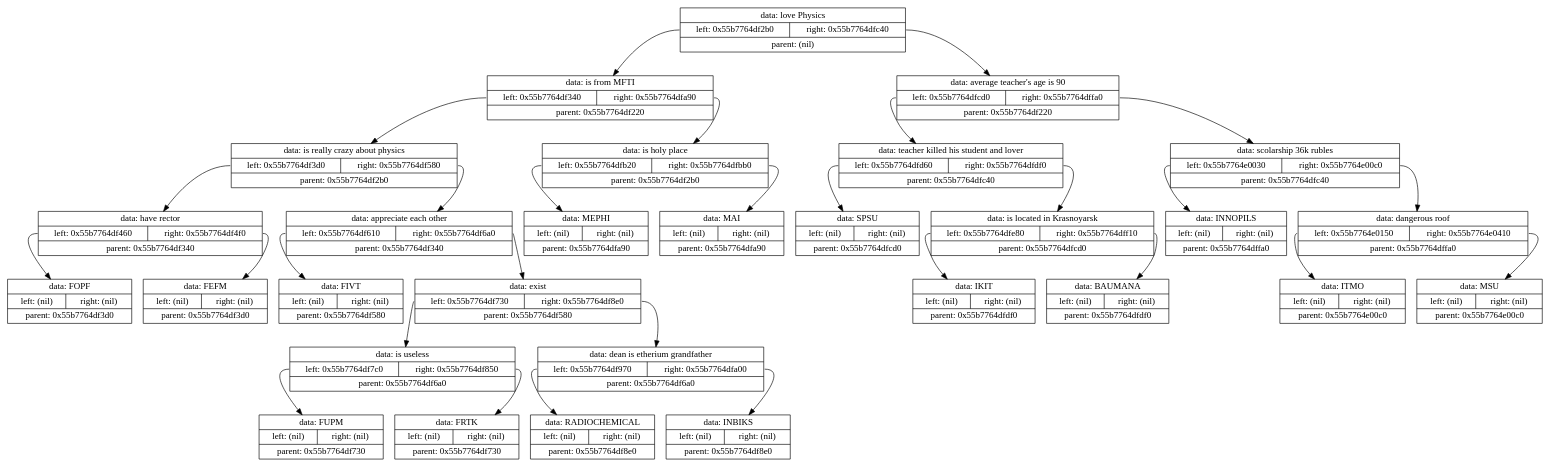
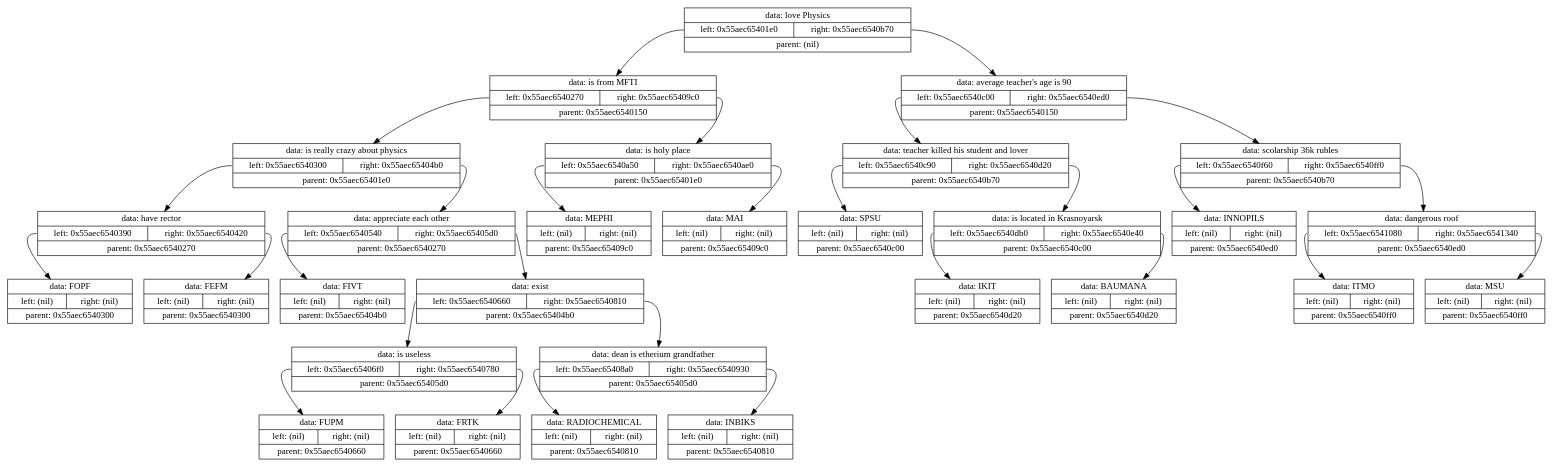
The diagram in Projects/7.Akinator/tmp/tempautogeneratedlog.gv (Shishqa/MIPT_1sem_C_lang), drawn with Graphviz before and after one commit. The commit also changed 4 other files, not shown here.

```diff
--- a/Projects/7.Akinator/tmp/tempautogeneratedlog.gv
+++ b/Projects/7.Akinator/tmp/tempautogeneratedlog.gv
@@ -1,61 +1,61 @@
 digraph dump
 {
-	node0x55b7764df220 [shape = "record", label = "{<f1>data: love Physics|{<f2>left: 0x55b7764df2b0|<f3>right: 0x55b7764dfc40}|<f4>parent: (nil)}"];
-	node0x55b7764df2b0 [shape = "record", label = "{<f1>data: is from MFTI|{<f2>left: 0x55b7764df340|<f3>right: 0x55b7764dfa90}|<f4>parent: 0x55b7764df220}"];
-	node0x55b7764df340 [shape = "record", label = "{<f1>data: is really crazy about physics|{<f2>left: 0x55b7764df3d0|<f3>right: 0x55b7764df580}|<f4>parent: 0x55b7764df2b0}"];
-	node0x55b7764df3d0 [shape = "record", label = "{<f1>data: have rector|{<f2>left: 0x55b7764df460|<f3>right: 0x55b7764df4f0}|<f4>parent: 0x55b7764df340}"];
-	node0x55b7764df460 [shape = "record", label = "{<f1>data: FOPF|{<f2>left: (nil)|<f3>right: (nil)}|<f4>parent: 0x55b7764df3d0}"];
-	node0x55b7764df3d0:f2 -> node0x55b7764df460
-	node0x55b7764df4f0 [shape = "record", label = "{<f1>data: FEFM|{<f2>left: (nil)|<f3>right: (nil)}|<f4>parent: 0x55b7764df3d0}"];
-	node0x55b7764df3d0:f3 -> node0x55b7764df4f0
-	node0x55b7764df340:f2 -> node0x55b7764df3d0
-	node0x55b7764df580 [shape = "record", label = "{<f1>data: appreciate each other|{<f2>left: 0x55b7764df610|<f3>right: 0x55b7764df6a0}|<f4>parent: 0x55b7764df340}"];
-	node0x55b7764df610 [shape = "record", label = "{<f1>data: FIVT|{<f2>left: (nil)|<f3>right: (nil)}|<f4>parent: 0x55b7764df580}"];
-	node0x55b7764df580:f2 -> node0x55b7764df610
-	node0x55b7764df6a0 [shape = "record", label = "{<f1>data: exist|{<f2>left: 0x55b7764df730|<f3>right: 0x55b7764df8e0}|<f4>parent: 0x55b7764df580}"];
-	node0x55b7764df730 [shape = "record", label = "{<f1>data: is useless|{<f2>left: 0x55b7764df7c0|<f3>right: 0x55b7764df850}|<f4>parent: 0x55b7764df6a0}"];
-	node0x55b7764df7c0 [shape = "record", label = "{<f1>data: FUPM|{<f2>left: (nil)|<f3>right: (nil)}|<f4>parent: 0x55b7764df730}"];
-	node0x55b7764df730:f2 -> node0x55b7764df7c0
-	node0x55b7764df850 [shape = "record", label = "{<f1>data: FRTK|{<f2>left: (nil)|<f3>right: (nil)}|<f4>parent: 0x55b7764df730}"];
-	node0x55b7764df730:f3 -> node0x55b7764df850
-	node0x55b7764df6a0:f2 -> node0x55b7764df730
-	node0x55b7764df8e0 [shape = "record", label = "{<f1>data: dean is etherium grandfather|{<f2>left: 0x55b7764df970|<f3>right: 0x55b7764dfa00}|<f4>parent: 0x55b7764df6a0}"];
-	node0x55b7764df970 [shape = "record", label = "{<f1>data: RADIOCHEMICAL|{<f2>left: (nil)|<f3>right: (nil)}|<f4>parent: 0x55b7764df8e0}"];
-	node0x55b7764df8e0:f2 -> node0x55b7764df970
-	node0x55b7764dfa00 [shape = "record", label = "{<f1>data: INBIKS|{<f2>left: (nil)|<f3>right: (nil)}|<f4>parent: 0x55b7764df8e0}"];
-	node0x55b7764df8e0:f3 -> node0x55b7764dfa00
-	node0x55b7764df6a0:f3 -> node0x55b7764df8e0
-	node0x55b7764df580:f3 -> node0x55b7764df6a0
-	node0x55b7764df340:f3 -> node0x55b7764df580
-	node0x55b7764df2b0:f2 -> node0x55b7764df340
-	node0x55b7764dfa90 [shape = "record", label = "{<f1>data: is holy place|{<f2>left: 0x55b7764dfb20|<f3>right: 0x55b7764dfbb0}|<f4>parent: 0x55b7764df2b0}"];
-	node0x55b7764dfb20 [shape = "record", label = "{<f1>data: MEPHI|{<f2>left: (nil)|<f3>right: (nil)}|<f4>parent: 0x55b7764dfa90}"];
-	node0x55b7764dfa90:f2 -> node0x55b7764dfb20
-	node0x55b7764dfbb0 [shape = "record", label = "{<f1>data: MAI|{<f2>left: (nil)|<f3>right: (nil)}|<f4>parent: 0x55b7764dfa90}"];
-	node0x55b7764dfa90:f3 -> node0x55b7764dfbb0
-	node0x55b7764df2b0:f3 -> node0x55b7764dfa90
-	node0x55b7764df220:f2 -> node0x55b7764df2b0
-	node0x55b7764dfc40 [shape = "record", label = "{<f1>data: average teacher's age is 90|{<f2>left: 0x55b7764dfcd0|<f3>right: 0x55b7764dffa0}|<f4>parent: 0x55b7764df220}"];
-	node0x55b7764dfcd0 [shape = "record", label = "{<f1>data: teacher killed his student and lover|{<f2>left: 0x55b7764dfd60|<f3>right: 0x55b7764dfdf0}|<f4>parent: 0x55b7764dfc40}"];
-	node0x55b7764dfd60 [shape = "record", label = "{<f1>data: SPSU|{<f2>left: (nil)|<f3>right: (nil)}|<f4>parent: 0x55b7764dfcd0}"];
-	node0x55b7764dfcd0:f2 -> node0x55b7764dfd60
-	node0x55b7764dfdf0 [shape = "record", label = "{<f1>data: is located in Krasnoyarsk|{<f2>left: 0x55b7764dfe80|<f3>right: 0x55b7764dff10}|<f4>parent: 0x55b7764dfcd0}"];
-	node0x55b7764dfe80 [shape = "record", label = "{<f1>data: IKIT|{<f2>left: (nil)|<f3>right: (nil)}|<f4>parent: 0x55b7764dfdf0}"];
-	node0x55b7764dfdf0:f2 -> node0x55b7764dfe80
-	node0x55b7764dff10 [shape = "record", label = "{<f1>data: BAUMANA|{<f2>left: (nil)|<f3>right: (nil)}|<f4>parent: 0x55b7764dfdf0}"];
-	node0x55b7764dfdf0:f3 -> node0x55b7764dff10
-	node0x55b7764dfcd0:f3 -> node0x55b7764dfdf0
-	node0x55b7764dfc40:f2 -> node0x55b7764dfcd0
-	node0x55b7764dffa0 [shape = "record", label = "{<f1>data: scolarship 36k rubles|{<f2>left: 0x55b7764e0030|<f3>right: 0x55b7764e00c0}|<f4>parent: 0x55b7764dfc40}"];
-	node0x55b7764e0030 [shape = "record", label = "{<f1>data: INNOPILS|{<f2>left: (nil)|<f3>right: (nil)}|<f4>parent: 0x55b7764dffa0}"];
-	node0x55b7764dffa0:f2 -> node0x55b7764e0030
-	node0x55b7764e00c0 [shape = "record", label = "{<f1>data: dangerous roof|{<f2>left: 0x55b7764e0150|<f3>right: 0x55b7764e0410}|<f4>parent: 0x55b7764dffa0}"];
-	node0x55b7764e0150 [shape = "record", label = "{<f1>data: ITMO|{<f2>left: (nil)|<f3>right: (nil)}|<f4>parent: 0x55b7764e00c0}"];
-	node0x55b7764e00c0:f2 -> node0x55b7764e0150
-	node0x55b7764e0410 [shape = "record", label = "{<f1>data: MSU|{<f2>left: (nil)|<f3>right: (nil)}|<f4>parent: 0x55b7764e00c0}"];
-	node0x55b7764e00c0:f3 -> node0x55b7764e0410
-	node0x55b7764dffa0:f3 -> node0x55b7764e00c0
-	node0x55b7764dfc40:f3 -> node0x55b7764dffa0
-	node0x55b7764df220:f3 -> node0x55b7764dfc40
+	node0x55aec6540150 [shape = "record", label = "{<f1>data: love Physics|{<f2>left: 0x55aec65401e0|<f3>right: 0x55aec6540b70}|<f4>parent: (nil)}"];
+	node0x55aec65401e0 [shape = "record", label = "{<f1>data: is from MFTI|{<f2>left: 0x55aec6540270|<f3>right: 0x55aec65409c0}|<f4>parent: 0x55aec6540150}"];
+	node0x55aec6540270 [shape = "record", label = "{<f1>data: is really crazy about physics|{<f2>left: 0x55aec6540300|<f3>right: 0x55aec65404b0}|<f4>parent: 0x55aec65401e0}"];
+	node0x55aec6540300 [shape = "record", label = "{<f1>data: have rector|{<f2>left: 0x55aec6540390|<f3>right: 0x55aec6540420}|<f4>parent: 0x55aec6540270}"];
+	node0x55aec6540390 [shape = "record", label = "{<f1>data: FOPF|{<f2>left: (nil)|<f3>right: (nil)}|<f4>parent: 0x55aec6540300}"];
+	node0x55aec6540300:f2 -> node0x55aec6540390
+	node0x55aec6540420 [shape = "record", label = "{<f1>data: FEFM|{<f2>left: (nil)|<f3>right: (nil)}|<f4>parent: 0x55aec6540300}"];
+	node0x55aec6540300:f3 -> node0x55aec6540420
+	node0x55aec6540270:f2 -> node0x55aec6540300
+	node0x55aec65404b0 [shape = "record", label = "{<f1>data: appreciate each other|{<f2>left: 0x55aec6540540|<f3>right: 0x55aec65405d0}|<f4>parent: 0x55aec6540270}"];
+	node0x55aec6540540 [shape = "record", label = "{<f1>data: FIVT|{<f2>left: (nil)|<f3>right: (nil)}|<f4>parent: 0x55aec65404b0}"];
+	node0x55aec65404b0:f2 -> node0x55aec6540540
+	node0x55aec65405d0 [shape = "record", label = "{<f1>data: exist|{<f2>left: 0x55aec6540660|<f3>right: 0x55aec6540810}|<f4>parent: 0x55aec65404b0}"];
+	node0x55aec6540660 [shape = "record", label = "{<f1>data: is useless|{<f2>left: 0x55aec65406f0|<f3>right: 0x55aec6540780}|<f4>parent: 0x55aec65405d0}"];
+	node0x55aec65406f0 [shape = "record", label = "{<f1>data: FUPM|{<f2>left: (nil)|<f3>right: (nil)}|<f4>parent: 0x55aec6540660}"];
+	node0x55aec6540660:f2 -> node0x55aec65406f0
+	node0x55aec6540780 [shape = "record", label = "{<f1>data: FRTK|{<f2>left: (nil)|<f3>right: (nil)}|<f4>parent: 0x55aec6540660}"];
+	node0x55aec6540660:f3 -> node0x55aec6540780
+	node0x55aec65405d0:f2 -> node0x55aec6540660
+	node0x55aec6540810 [shape = "record", label = "{<f1>data: dean is etherium grandfather|{<f2>left: 0x55aec65408a0|<f3>right: 0x55aec6540930}|<f4>parent: 0x55aec65405d0}"];
+	node0x55aec65408a0 [shape = "record", label = "{<f1>data: RADIOCHEMICAL|{<f2>left: (nil)|<f3>right: (nil)}|<f4>parent: 0x55aec6540810}"];
+	node0x55aec6540810:f2 -> node0x55aec65408a0
+	node0x55aec6540930 [shape = "record", label = "{<f1>data: INBIKS|{<f2>left: (nil)|<f3>right: (nil)}|<f4>parent: 0x55aec6540810}"];
+	node0x55aec6540810:f3 -> node0x55aec6540930
+	node0x55aec65405d0:f3 -> node0x55aec6540810
+	node0x55aec65404b0:f3 -> node0x55aec65405d0
+	node0x55aec6540270:f3 -> node0x55aec65404b0
+	node0x55aec65401e0:f2 -> node0x55aec6540270
+	node0x55aec65409c0 [shape = "record", label = "{<f1>data: is holy place|{<f2>left: 0x55aec6540a50|<f3>right: 0x55aec6540ae0}|<f4>parent: 0x55aec65401e0}"];
+	node0x55aec6540a50 [shape = "record", label = "{<f1>data: MEPHI|{<f2>left: (nil)|<f3>right: (nil)}|<f4>parent: 0x55aec65409c0}"];
+	node0x55aec65409c0:f2 -> node0x55aec6540a50
+	node0x55aec6540ae0 [shape = "record", label = "{<f1>data: MAI|{<f2>left: (nil)|<f3>right: (nil)}|<f4>parent: 0x55aec65409c0}"];
+	node0x55aec65409c0:f3 -> node0x55aec6540ae0
+	node0x55aec65401e0:f3 -> node0x55aec65409c0
+	node0x55aec6540150:f2 -> node0x55aec65401e0
+	node0x55aec6540b70 [shape = "record", label = "{<f1>data: average teacher's age is 90|{<f2>left: 0x55aec6540c00|<f3>right: 0x55aec6540ed0}|<f4>parent: 0x55aec6540150}"];
+	node0x55aec6540c00 [shape = "record", label = "{<f1>data: teacher killed his student and lover|{<f2>left: 0x55aec6540c90|<f3>right: 0x55aec6540d20}|<f4>parent: 0x55aec6540b70}"];
+	node0x55aec6540c90 [shape = "record", label = "{<f1>data: SPSU|{<f2>left: (nil)|<f3>right: (nil)}|<f4>parent: 0x55aec6540c00}"];
+	node0x55aec6540c00:f2 -> node0x55aec6540c90
+	node0x55aec6540d20 [shape = "record", label = "{<f1>data: is located in Krasnoyarsk|{<f2>left: 0x55aec6540db0|<f3>right: 0x55aec6540e40}|<f4>parent: 0x55aec6540c00}"];
+	node0x55aec6540db0 [shape = "record", label = "{<f1>data: IKIT|{<f2>left: (nil)|<f3>right: (nil)}|<f4>parent: 0x55aec6540d20}"];
+	node0x55aec6540d20:f2 -> node0x55aec6540db0
+	node0x55aec6540e40 [shape = "record", label = "{<f1>data: BAUMANA|{<f2>left: (nil)|<f3>right: (nil)}|<f4>parent: 0x55aec6540d20}"];
+	node0x55aec6540d20:f3 -> node0x55aec6540e40
+	node0x55aec6540c00:f3 -> node0x55aec6540d20
+	node0x55aec6540b70:f2 -> node0x55aec6540c00
+	node0x55aec6540ed0 [shape = "record", label = "{<f1>data: scolarship 36k rubles|{<f2>left: 0x55aec6540f60|<f3>right: 0x55aec6540ff0}|<f4>parent: 0x55aec6540b70}"];
+	node0x55aec6540f60 [shape = "record", label = "{<f1>data: INNOPILS|{<f2>left: (nil)|<f3>right: (nil)}|<f4>parent: 0x55aec6540ed0}"];
+	node0x55aec6540ed0:f2 -> node0x55aec6540f60
+	node0x55aec6540ff0 [shape = "record", label = "{<f1>data: dangerous roof|{<f2>left: 0x55aec6541080|<f3>right: 0x55aec6541340}|<f4>parent: 0x55aec6540ed0}"];
+	node0x55aec6541080 [shape = "record", label = "{<f1>data: ITMO|{<f2>left: (nil)|<f3>right: (nil)}|<f4>parent: 0x55aec6540ff0}"];
+	node0x55aec6540ff0:f2 -> node0x55aec6541080
+	node0x55aec6541340 [shape = "record", label = "{<f1>data: MSU|{<f2>left: (nil)|<f3>right: (nil)}|<f4>parent: 0x55aec6540ff0}"];
+	node0x55aec6540ff0:f3 -> node0x55aec6541340
+	node0x55aec6540ed0:f3 -> node0x55aec6540ff0
+	node0x55aec6540b70:f3 -> node0x55aec6540ed0
+	node0x55aec6540150:f3 -> node0x55aec6540b70
 
 }
```
